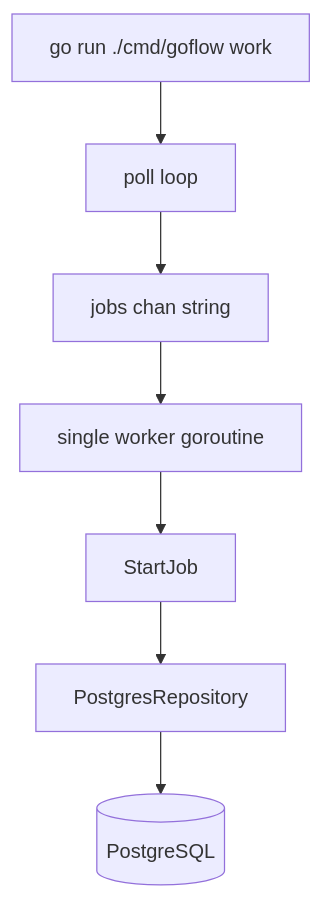
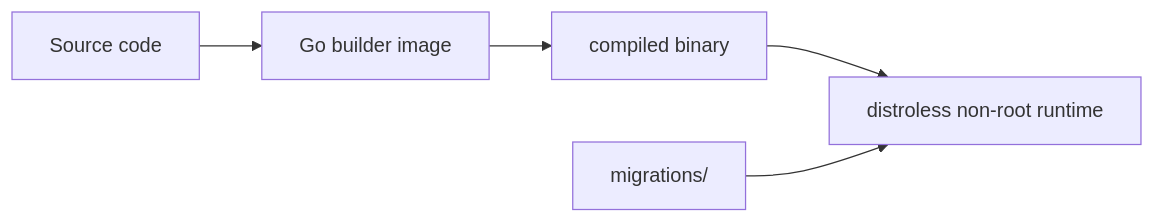
One commit to Kaushik-2005/GoFlow changed diagram 17 of 20 in docs/design.md. Above: the diagram before and after it, drawn with Mermaid. The commit also changed other lines of this file, not shown here.

````diff
--- a/docs/design.md
+++ b/docs/design.md
@@ -354,9 +454,7 @@
 ```mermaid
-flowchart TD
-    Work[go run ./cmd/goflow work] --> Poller[poll loop]
-    Poller --> Jobs[jobs chan string]
-    Jobs --> Worker[single worker goroutine]
-    Worker --> Service[StartJob]
-    Service --> Repo[PostgresRepository]
-    Repo --> DB[(PostgreSQL)]
+flowchart LR
+    Source[Source code] --> Builder[Go builder image]
+    Builder --> Binary[compiled binary]
+    Binary --> Runtime[distroless non-root runtime]
+    Migrations[migrations/] --> Runtime
 ```
````
